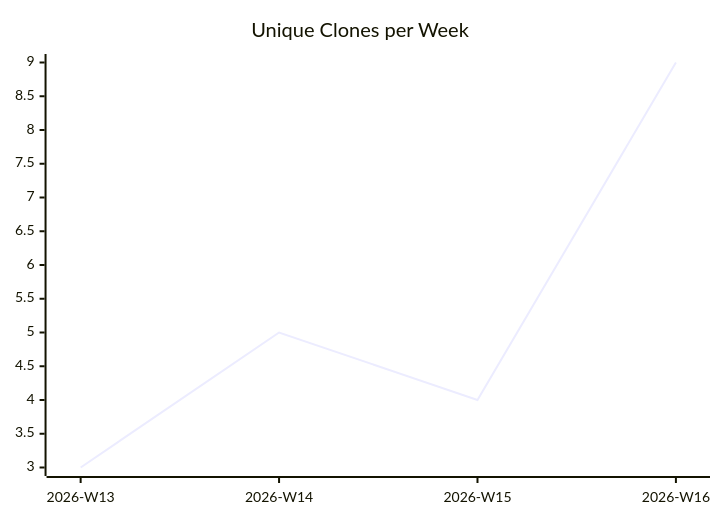
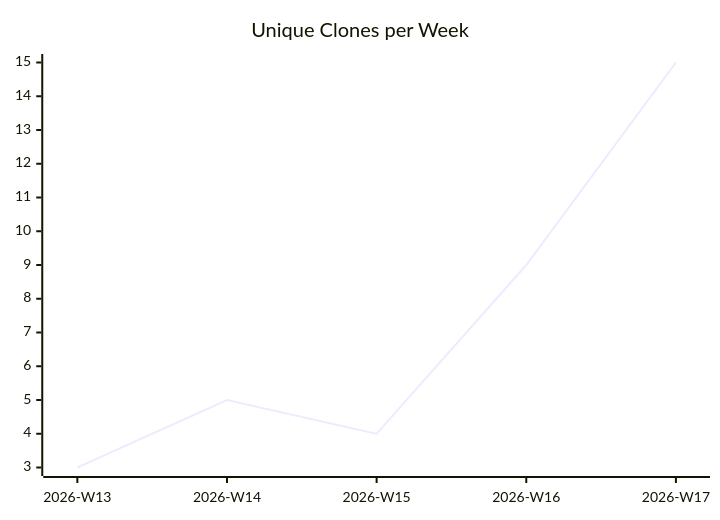
Before and after one commit to justdavis-family/github-analytics-data: the third of 3 diagrams in karlmdavis/dotfiles/README.md, drawn with Mermaid. The commit also changed other lines of this file and 192 other files, not shown here.

````diff
--- a/karlmdavis/dotfiles/README.md
+++ b/karlmdavis/dotfiles/README.md
@@ -19,6 +19,6 @@
 ```mermaid
 xychart-beta
   title "Unique Clones per Week"
-  x-axis ["2026-W13", "2026-W14", "2026-W15", "2026-W16"]
-  line [3, 5, 4, 9]
+  x-axis ["2026-W13", "2026-W14", "2026-W15", "2026-W16", "2026-W17"]
+  line [3, 5, 4, 9, 15]
 ```
````
